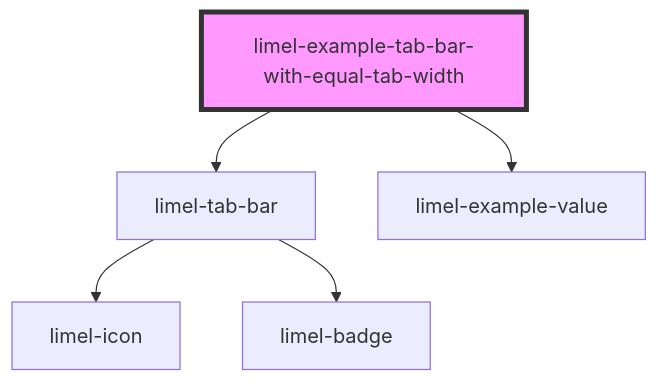
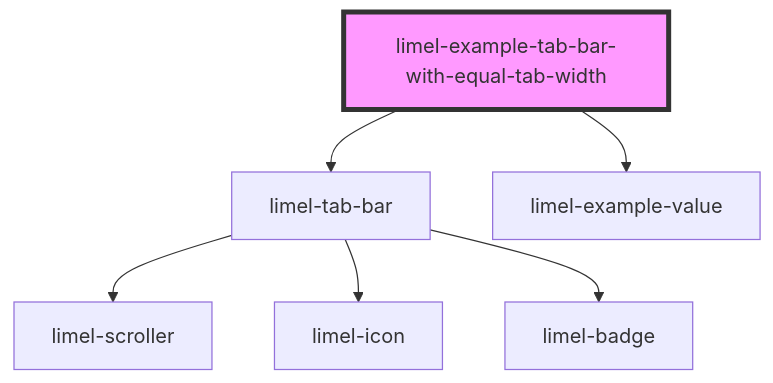
Before and after one commit to Lundalogik/lime-elements: the diagram in versions/PR-3990/markdown-docs/components/tab-bar/examples/readme.md, drawn with Mermaid. The commit also changed 1095 other files, not shown here.

````diff
--- a/versions/PR-3990/markdown-docs/components/tab-bar/examples/readme.md
+++ b/versions/PR-3990/markdown-docs/components/tab-bar/examples/readme.md
@@ -20,8 +20,9 @@
 ```mermaid
 graph TD;
   limel-example-tab-bar-with-equal-tab-width --> limel-tab-bar
   limel-example-tab-bar-with-equal-tab-width --> limel-example-value
+  limel-tab-bar --> limel-scroller
   limel-tab-bar --> limel-icon
   limel-tab-bar --> limel-badge
   style limel-example-tab-bar-with-equal-tab-width fill:#f9f,stroke:#333,stroke-width:4px
 ```
````
